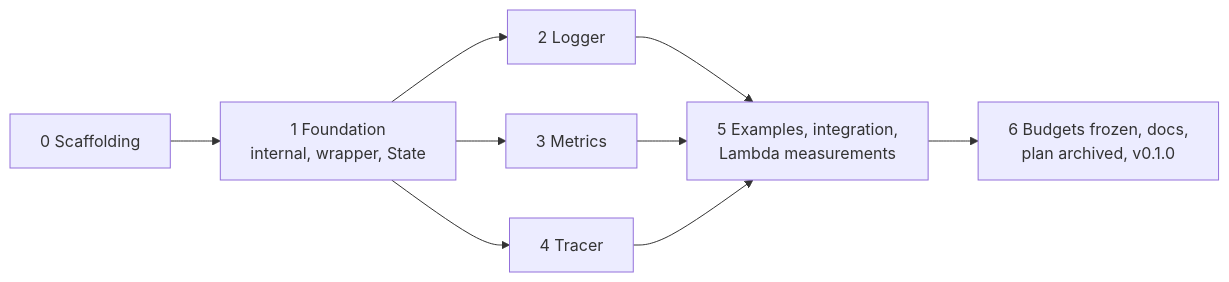
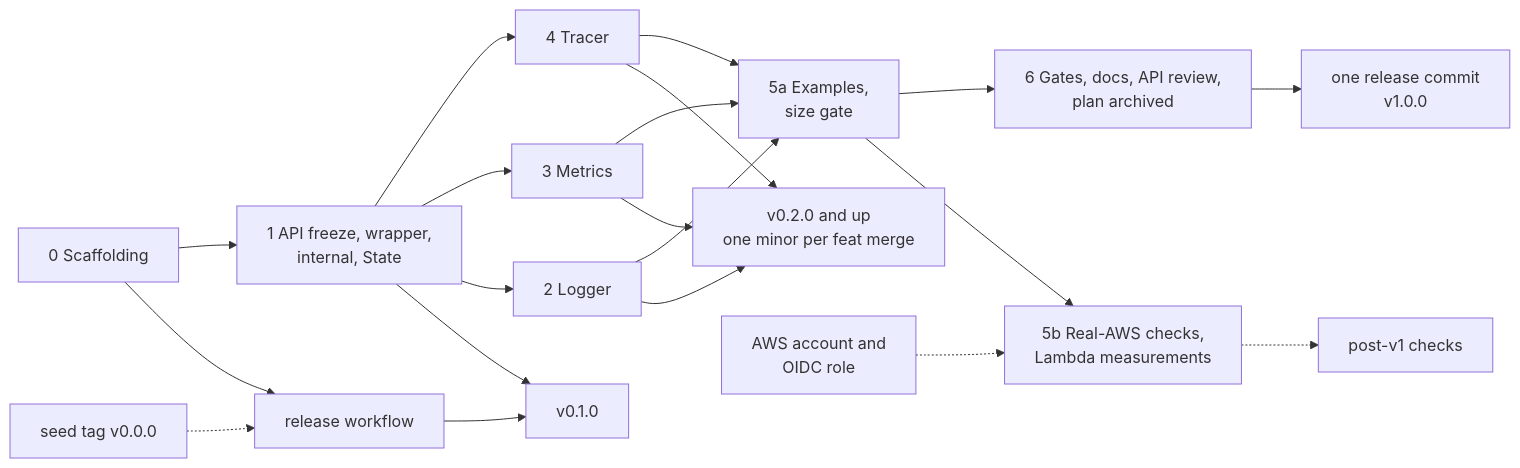
One commit to christiangda/powertools-lambda-go-plan changed the second of 2 diagrams in 07-roadmap.md. Above: the diagram before and after it, drawn with Mermaid. The commit also changed other lines of this file and 11 other files, not shown here.

````diff
--- a/07-roadmap.md
+++ b/07-roadmap.md
@@ -139,9 +232,18 @@
 ```mermaid
 flowchart LR
-  p0["0 Scaffolding"] --> p1["1 Foundation<br/>internal, wrapper, State"]
+  seed["seed tag v0.0.0"] -.-> wf
+  p0["0 Scaffolding"] --> wf["release workflow"]
+  p0 --> p1["1 API freeze, wrapper,<br/>internal, State"]
+  wf --> v01["v0.1.0"]
+  p1 --> v01
   p1 --> p2["2 Logger"]
   p1 --> p3["3 Metrics"]
   p1 --> p4["4 Tracer"]
-  p2 & p3 & p4 --> p5["5 Examples, integration,<br/>Lambda measurements"]
-  p5 --> p6["6 Budgets frozen, docs,<br/>plan archived, v0.1.0"]
+  p2 & p3 & p4 --> v0n["v0.2.0 and up<br/>one minor per feat merge"]
+  p2 & p3 & p4 --> p5a["5a Examples,<br/>size gate"]
+  p5a --> p5b["5b Real-AWS checks,<br/>Lambda measurements"]
+  aws["AWS account and<br/>OIDC role"] -.-> p5b
+  p5a --> p6["6 Gates, docs, API review,<br/>plan archived"]
+  p6 --> rel["one release commit<br/>v1.0.0"]
+  p5b -.-> post["post-v1 checks"]
 ```
````
